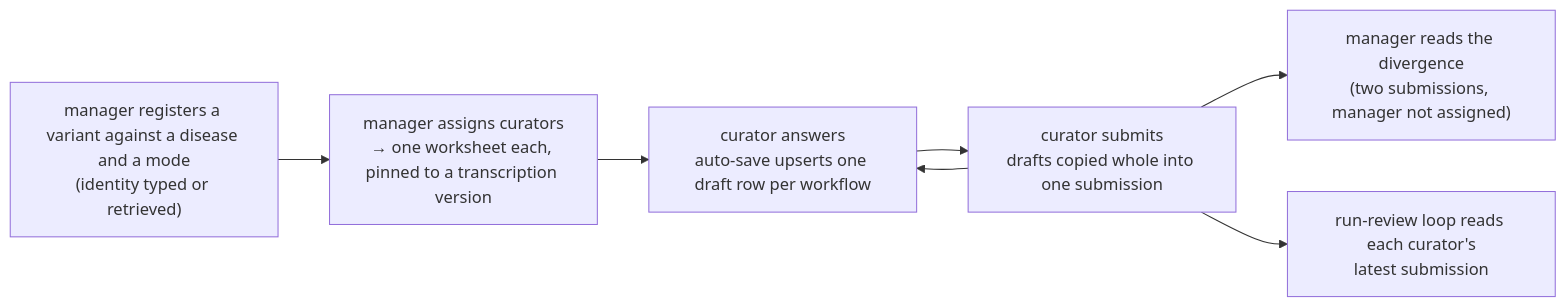
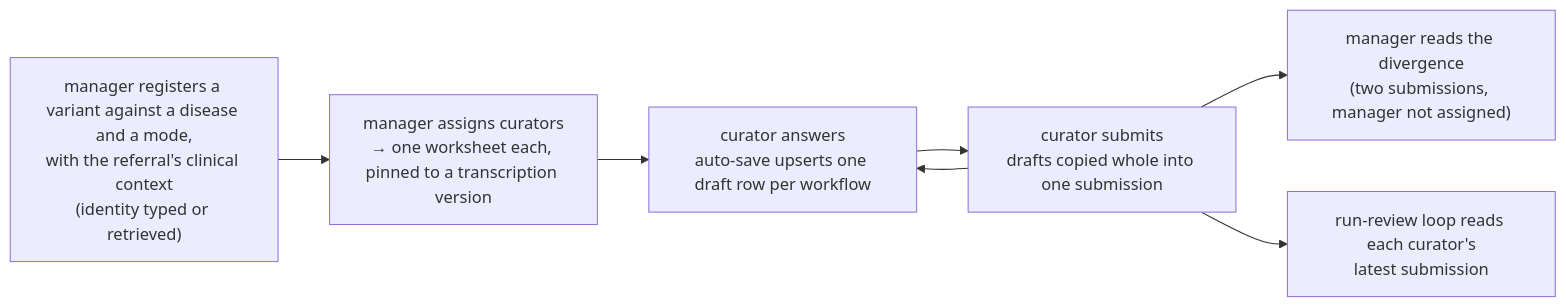
One commit to populationgenomics/themis changed the diagram in docs/design/curation-surface.md. Above: the diagram before and after it, drawn with Mermaid. The commit also changed other lines of this file and 3 other files, not shown here.

First line of the commit message:
curation: a registration states the clinical context, as part of the question (#781)

````diff
--- a/docs/design/curation-surface.md
+++ b/docs/design/curation-surface.md
@@ -252,9 +263,9 @@
 ```mermaid
 flowchart LR
-    reg["manager registers a variant against a disease and a mode<br>(identity typed or retrieved)"] --> assign["manager assigns curators<br>→ one worksheet each, pinned to a transcription version"]
+    reg["manager registers a variant against a disease and a mode,<br>with the referral's clinical context<br>(identity typed or retrieved)"] --> assign["manager assigns curators<br>→ one worksheet each, pinned to a transcription version"]
     assign --> draft["curator answers<br>auto-save upserts one draft row per workflow"]
     draft --> submit["curator submits<br>drafts copied whole into one submission"]
     submit --> draft
     submit --> compare["manager reads the divergence<br>(two submissions, manager not assigned)"]
     submit --> loop["run-review loop reads each curator's<br>latest submission"]
 ```
````
